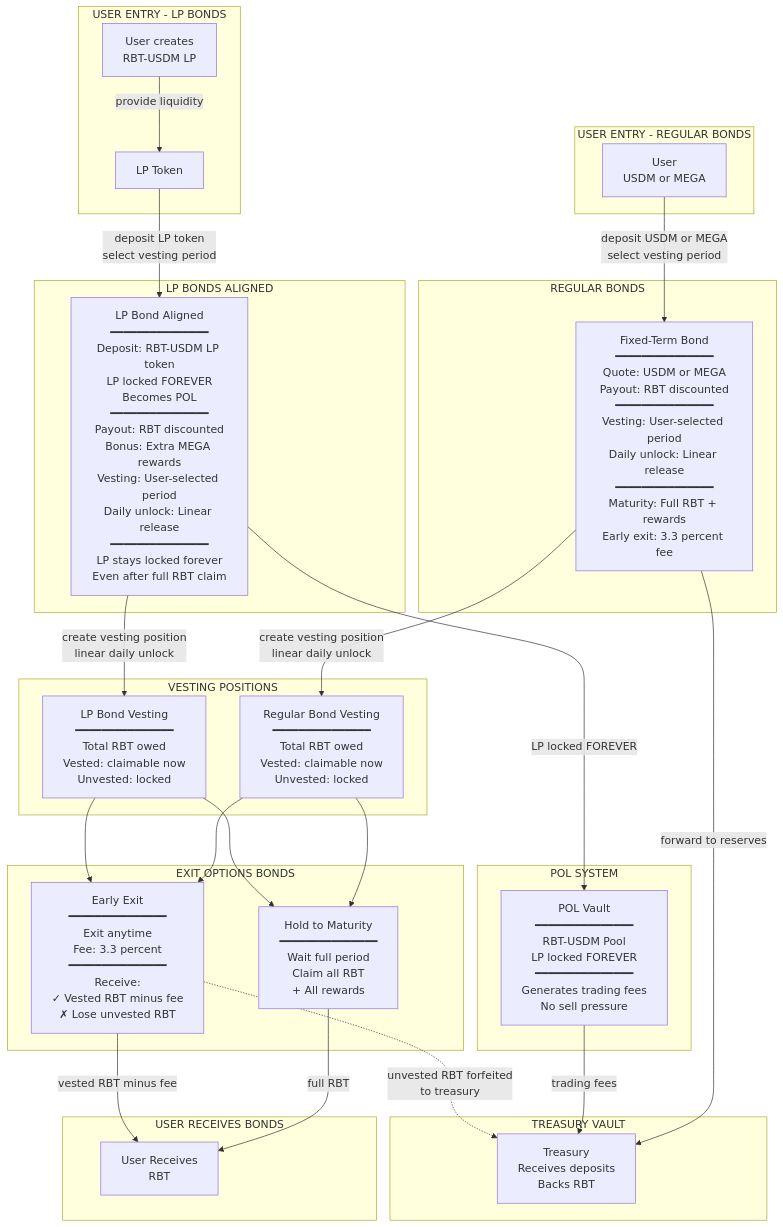
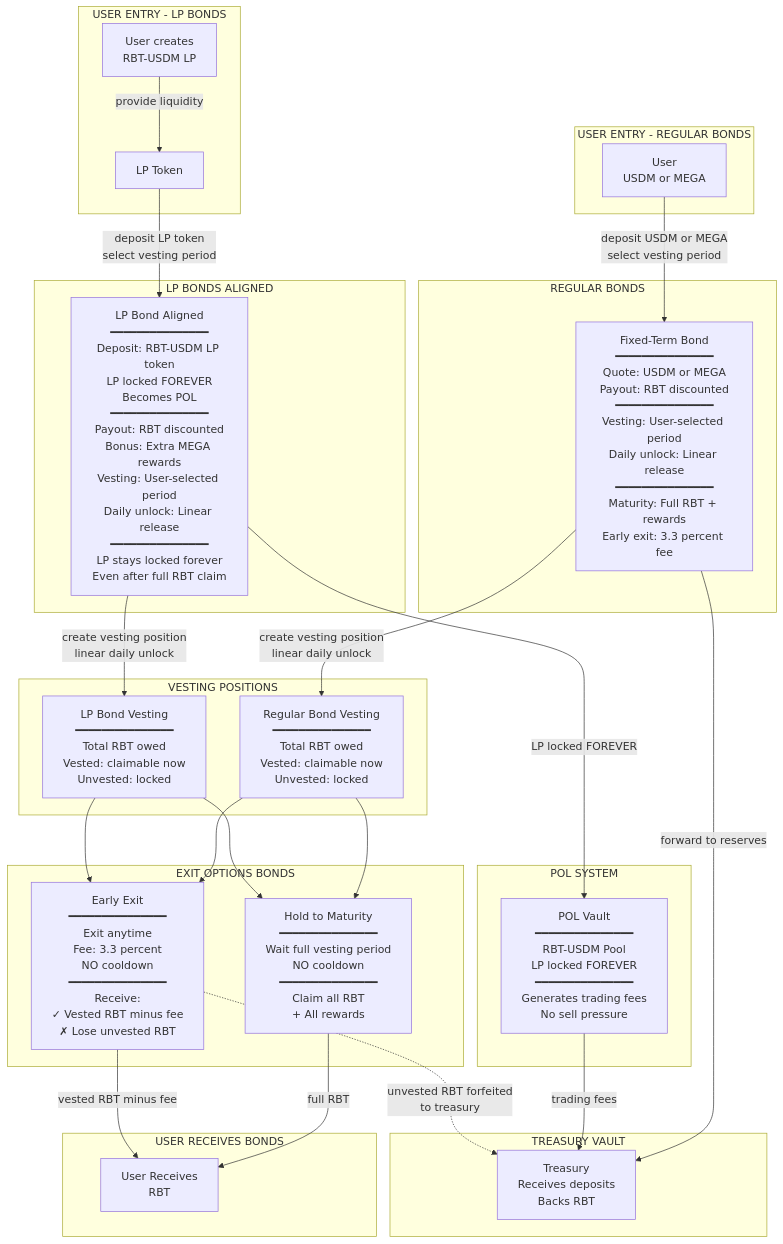
One commit to 0xJaehaerys/ohmega changed the third of 3 diagrams in blackhaven-complete-system.md. Above: the diagram before and after it, drawn with Mermaid.

Commit message:
Add NO cooldown clarification for Bonds (both maturity and early exit)

````diff
--- a/blackhaven-complete-system.md
+++ b/blackhaven-complete-system.md
@@ -145,63 +145,63 @@
 ```mermaid
 graph TB
     subgraph "USER ENTRY - REGULAR BONDS"
         USER_REG[User<br/>USDM or MEGA]
     end
     
     subgraph "REGULAR BONDS"
         BOND[Fixed-Term Bond<br/>━━━━━━━━━━━━━━━<br/>Quote: USDM or MEGA<br/>Payout: RBT discounted<br/>━━━━━━━━━━━━━━━<br/>Vesting: User-selected period<br/>Daily unlock: Linear release<br/>━━━━━━━━━━━━━━━<br/>Maturity: Full RBT + rewards<br/>Early exit: 3.3 percent fee]
     end
     
     subgraph "USER ENTRY - LP BONDS"
         USER_LP_START[User creates<br/>RBT-USDM LP]
         LP_TOKEN[LP Token]
     end
     
     subgraph "LP BONDS ALIGNED"
         LP_BOND[LP Bond Aligned<br/>━━━━━━━━━━━━━━━<br/>Deposit: RBT-USDM LP token<br/>LP locked FOREVER<br/>Becomes POL<br/>━━━━━━━━━━━━━━━<br/>Payout: RBT discounted<br/>Bonus: Extra MEGA rewards<br/>Vesting: User-selected period<br/>Daily unlock: Linear release<br/>━━━━━━━━━━━━━━━<br/>LP stays locked forever<br/>Even after full RBT claim]
     end
     
     subgraph "TREASURY VAULT"
         TREASURY_BONDS[Treasury<br/>Receives deposits<br/>Backs RBT]
     end
     
     subgraph "POL SYSTEM"
         POL[POL Vault<br/>━━━━━━━━━━━━━━━<br/>RBT-USDM Pool<br/>LP locked FOREVER<br/>━━━━━━━━━━━━━━━<br/>Generates trading fees<br/>No sell pressure]
     end
     
     subgraph "VESTING POSITIONS"
         VESTING_REG[Regular Bond Vesting<br/>━━━━━━━━━━━━━━━<br/>Total RBT owed<br/>Vested: claimable now<br/>Unvested: locked]
         
         VESTING_LP[LP Bond Vesting<br/>━━━━━━━━━━━━━━━<br/>Total RBT owed<br/>Vested: claimable now<br/>Unvested: locked]
     end
     
     subgraph "EXIT OPTIONS BONDS"
-        MAT_BOND[Hold to Maturity<br/>━━━━━━━━━━━━━━━<br/>Wait full period<br/>Claim all RBT<br/>+ All rewards]
+        MAT_BOND[Hold to Maturity<br/>━━━━━━━━━━━━━━━<br/>Wait full vesting period<br/>NO cooldown<br/>━━━━━━━━━━━━━━━<br/>Claim all RBT<br/>+ All rewards]
         
-        EARLY_BOND[Early Exit<br/>━━━━━━━━━━━━━━━<br/>Exit anytime<br/>Fee: 3.3 percent<br/>━━━━━━━━━━━━━━━<br/>Receive:<br/>✓ Vested RBT minus fee<br/>✗ Lose unvested RBT]
+        EARLY_BOND[Early Exit<br/>━━━━━━━━━━━━━━━<br/>Exit anytime<br/>Fee: 3.3 percent<br/>NO cooldown<br/>━━━━━━━━━━━━━━━<br/>Receive:<br/>✓ Vested RBT minus fee<br/>✗ Lose unvested RBT]
     end
     
     subgraph "USER RECEIVES BONDS"
         USER_OUT_BOND[User Receives<br/>RBT]
     end
     
     USER_REG -->|deposit USDM or MEGA<br/>select vesting period| BOND
     BOND -->|forward to reserves| TREASURY_BONDS
     BOND -->|create vesting position<br/>linear daily unlock| VESTING_REG
     
     USER_LP_START -->|provide liquidity| LP_TOKEN
     LP_TOKEN -->|deposit LP token<br/>select vesting period| LP_BOND
     LP_BOND -->|LP locked FOREVER| POL
     LP_BOND -->|create vesting position<br/>linear daily unlock| VESTING_LP
     
     POL -->|trading fees| TREASURY_BONDS
     
     VESTING_REG --> MAT_BOND
     VESTING_REG --> EARLY_BOND
     VESTING_LP --> MAT_BOND
     VESTING_LP --> EARLY_BOND
     
     MAT_BOND -->|full RBT| USER_OUT_BOND
     EARLY_BOND -->|vested RBT minus fee| USER_OUT_BOND
     EARLY_BOND -.->|unvested RBT forfeited<br/>to treasury| TREASURY_BONDS
 ```
````
